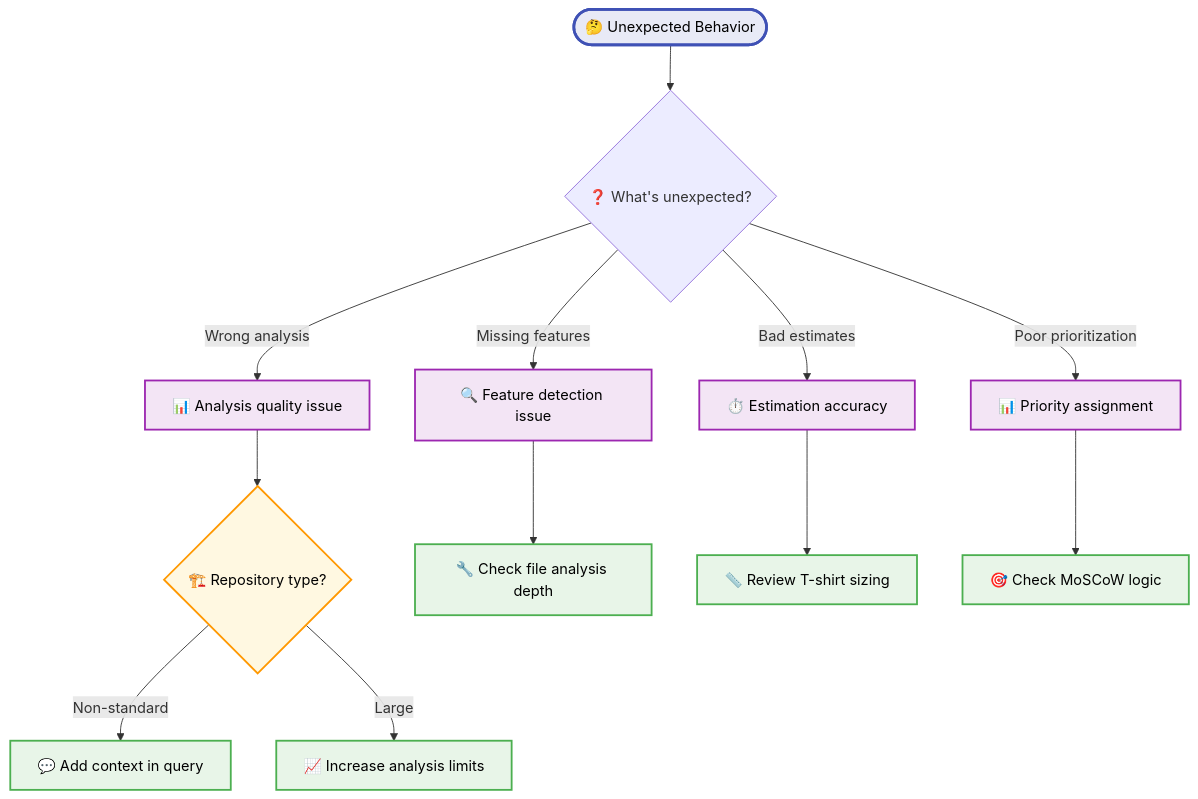
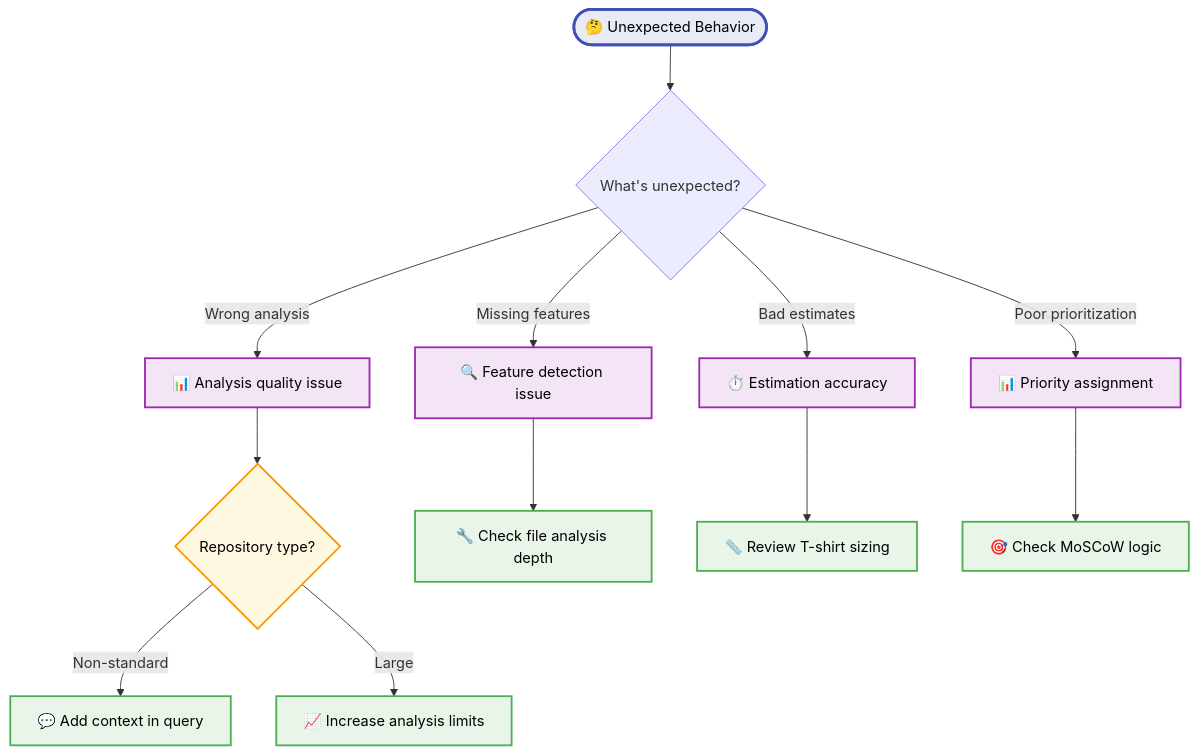
The tenth of 10 diagrams in AT_L_PLAN_TROUBLESHOOTING_FLOWCHART.md (larp0/uwularpy), drawn with Mermaid before and after one commit. The commit also changed other lines of this file, not shown here.

Commit message:
Fix syntax issues and finalize mermaid diagram improvements

````diff
--- a/AT_L_PLAN_TROUBLESHOOTING_FLOWCHART.md
+++ b/AT_L_PLAN_TROUBLESHOOTING_FLOWCHART.md
@@ -454,29 +464,29 @@
 ```mermaid
 flowchart TD
-    BehaviorFlow([🤔 Unexpected Behavior]) --> B1{❓ What's unexpected?}
+    BehaviorFlow([🤔 Unexpected Behavior]) --> B1{What's unexpected?}
     
     B1 -->|Wrong analysis| B2[📊 Analysis quality issue]
-    B1 -->|Missing features| B3[🔍 Feature detection issue]
+    B1 -->|Missing features| B3[🔍 Feature detection issue] 
     B1 -->|Bad estimates| B4[⏱️ Estimation accuracy]
     B1 -->|Poor prioritization| B5[📊 Priority assignment]
     
-    B2 --> B2Check{🏗️ Repository type?}
+    B2 --> B2Check{Repository type?}
     B3 --> B3Fix[🔧 Check file analysis depth]
     B4 --> B4Fix[📏 Review T-shirt sizing]
     B5 --> B5Fix[🎯 Check MoSCoW logic]
     
     B2Check -->|Non-standard| B2Fix1[💬 Add context in query]
     B2Check -->|Large| B2Fix2[📈 Increase analysis limits]
     
     %% Professional color scheme for behavioral analysis
     classDef startNode fill:#e8eaf6,stroke:#3f51b5,stroke-width:3px,color:#000
     classDef behaviorNode fill:#f3e5f5,stroke:#9c27b0,stroke-width:2px,color:#000
     classDef fixNode fill:#e8f5e8,stroke:#4caf50,stroke-width:2px,color:#000
     classDef checkNode fill:#fff8e1,stroke:#ff9800,stroke-width:2px,color:#000
     classDef improveNode fill:#e0f2f1,stroke:#009688,stroke-width:2px,color:#000
     
     class BehaviorFlow startNode
     class B2,B3,B4,B5 behaviorNode
     class B3Fix,B4Fix,B5Fix,B2Fix1,B2Fix2 fixNode
     class B2Check checkNode
 ```
````
